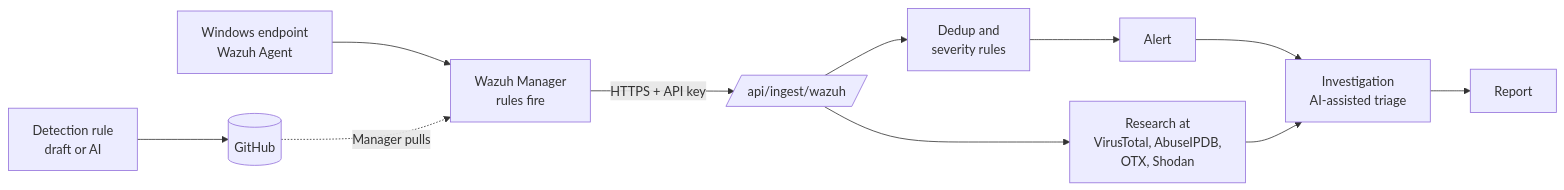
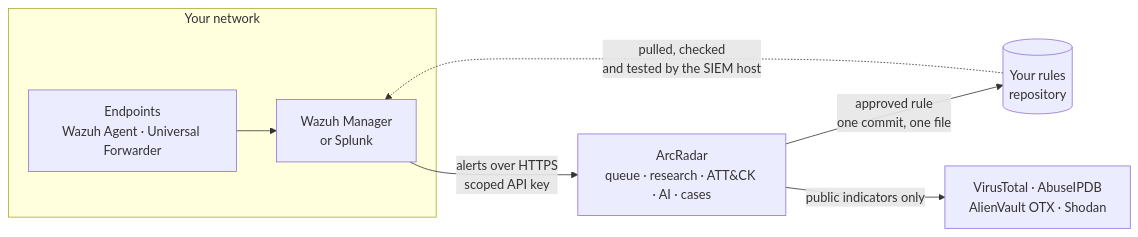
The diagram in README.md (aqsin1337/ArcRadar), drawn with Mermaid before and after one commit. The commit also changed other lines of this file and 16 other files, not shown here.

````diff
--- a/README.md
+++ b/README.md
@@ -28,13 +49,10 @@
 ```mermaid
 flowchart LR
-    A[Windows endpoint<br/>Wazuh Agent] --> B[Wazuh Manager<br/>rules fire]
-    B -- HTTPS + API key --> C[/api/ingest/wazuh/]
-    C --> D[Dedup and<br/>severity rules]
-    D --> E[Alert]
-    C --> F[Research at<br/>VirusTotal, AbuseIPDB,<br/>OTX, Shodan]
-    E --> G[Investigation<br/>AI-assisted triage]
-    F --> G
-    G --> H[Report]
-    I[Detection rule<br/>draft or AI] --> J[(GitHub)]
-    J -. Manager pulls .-> B
+    subgraph NET["Your network"]
+        EP["Endpoints<br/>Wazuh Agent · Universal Forwarder"] --> SIEM["Wazuh Manager<br/>or Splunk"]
+    end
+    SIEM -- "alerts over HTTPS<br/>scoped API key" --> ARC["ArcRadar<br/>queue · research · ATT#amp;CK · AI · cases"]
+    ARC -- "approved rule<br/>one commit, one file" --> GH[("Your rules<br/>repository")]
+    GH -. "pulled, checked<br/>and tested by the SIEM host" .-> SIEM
+    ARC -- "public indicators only" --> TI["VirusTotal · AbuseIPDB<br/>AlienVault OTX · Shodan"]
 ```
````
